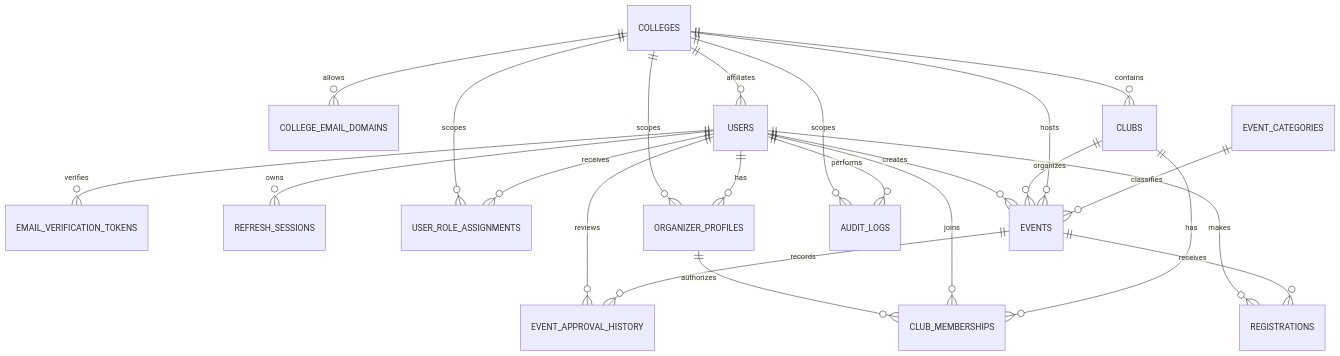
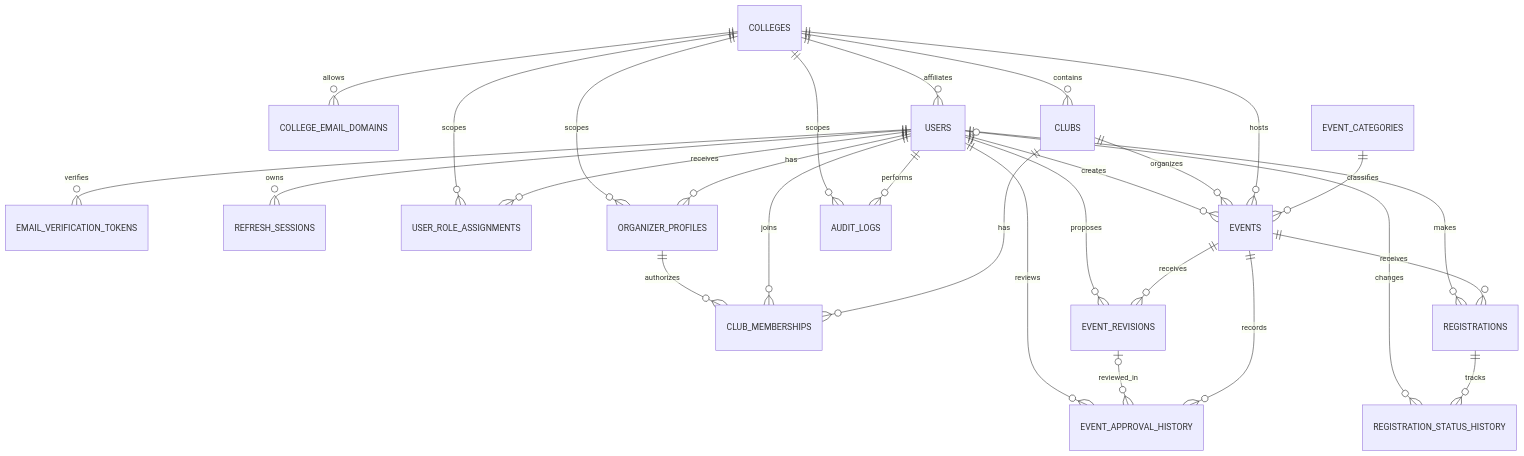
Before and after one commit to ShashwatSingh-2807/Campus_Event_Management: the diagram in docs/04_DATABASE_DESIGN.md, drawn with Mermaid. The commit also changed other lines of this file, not shown here.

````diff
--- a/docs/04_DATABASE_DESIGN.md
+++ b/docs/04_DATABASE_DESIGN.md
@@ -44,25 +49,30 @@
 ```mermaid
 erDiagram
     COLLEGES ||--o{ COLLEGE_EMAIL_DOMAINS : allows
     COLLEGES ||--o{ USERS : affiliates
     USERS ||--o{ EMAIL_VERIFICATION_TOKENS : verifies
     USERS ||--o{ REFRESH_SESSIONS : owns
     USERS ||--o{ USER_ROLE_ASSIGNMENTS : receives
     COLLEGES ||--o{ USER_ROLE_ASSIGNMENTS : scopes
     COLLEGES ||--o{ CLUBS : contains
     USERS ||--o{ ORGANIZER_PROFILES : has
     COLLEGES ||--o{ ORGANIZER_PROFILES : scopes
     CLUBS ||--o{ CLUB_MEMBERSHIPS : has
     USERS ||--o{ CLUB_MEMBERSHIPS : joins
     ORGANIZER_PROFILES ||--o{ CLUB_MEMBERSHIPS : authorizes
     EVENT_CATEGORIES ||--o{ EVENTS : classifies
     COLLEGES ||--o{ EVENTS : hosts
     CLUBS ||--o{ EVENTS : organizes
     USERS ||--o{ EVENTS : creates
+    EVENTS ||--o{ EVENT_REVISIONS : receives
+    USERS ||--o{ EVENT_REVISIONS : proposes
     EVENTS ||--o{ EVENT_APPROVAL_HISTORY : records
+    EVENT_REVISIONS o|--o{ EVENT_APPROVAL_HISTORY : reviewed_in
     USERS ||--o{ EVENT_APPROVAL_HISTORY : reviews
     EVENTS ||--o{ REGISTRATIONS : receives
     USERS ||--o{ REGISTRATIONS : makes
+    REGISTRATIONS ||--o{ REGISTRATION_STATUS_HISTORY : tracks
+    USERS o|--o{ REGISTRATION_STATUS_HISTORY : changes
     USERS ||--o{ AUDIT_LOGS : performs
     COLLEGES ||--o{ AUDIT_LOGS : scopes
 ```
````
